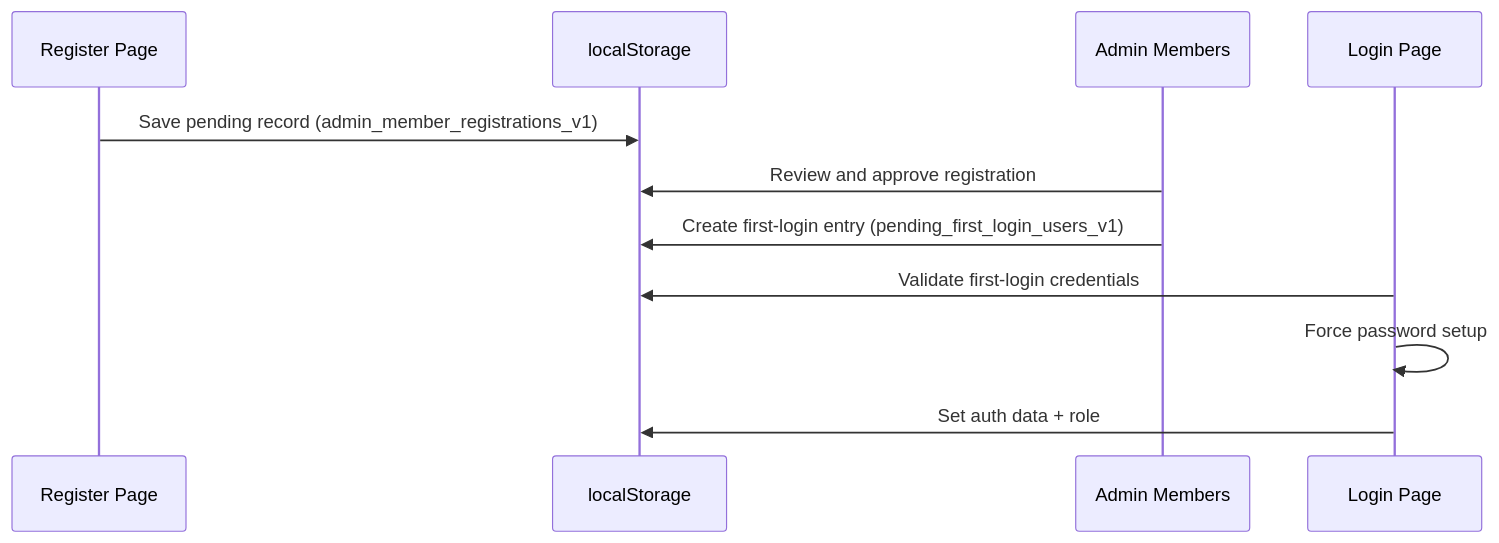
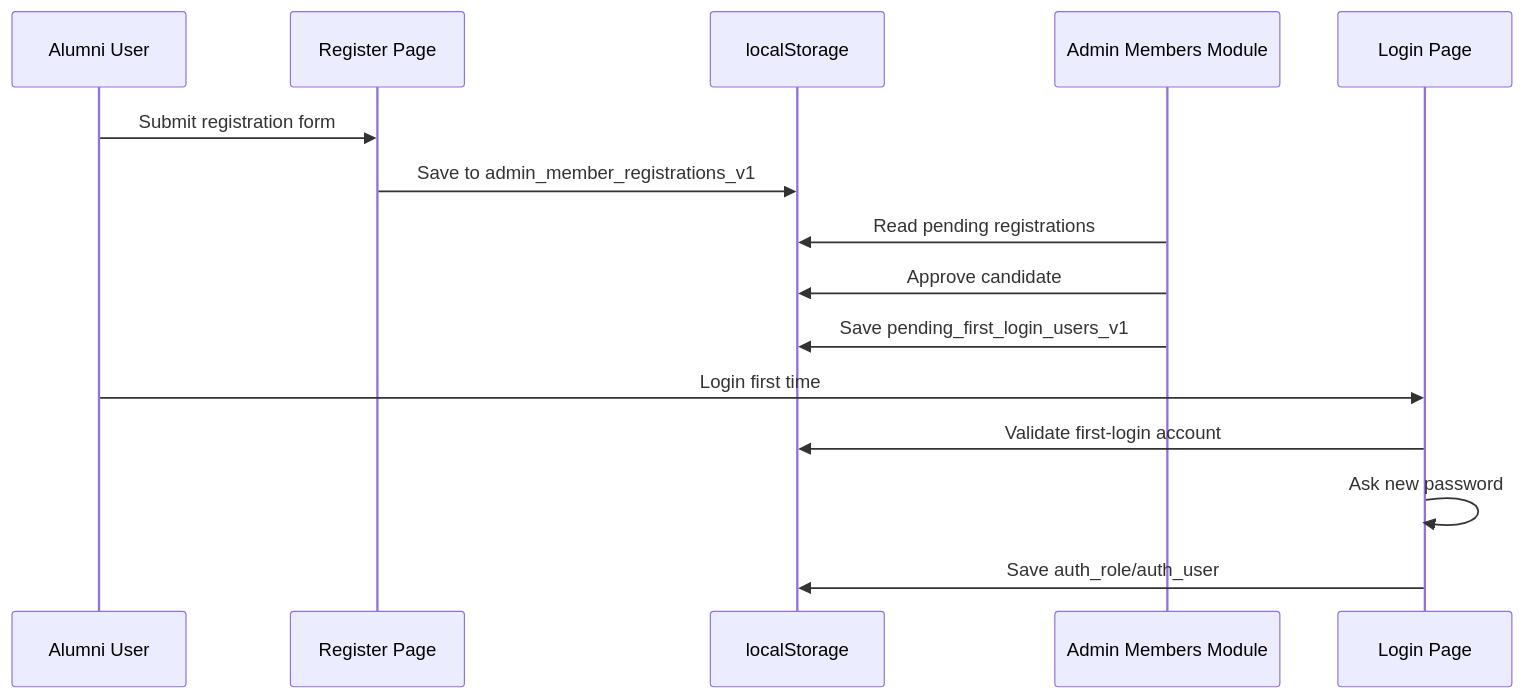
Before and after one commit to ashwanik0777/alumni-portal: the fifth of 8 diagrams in README.md, drawn with Mermaid. The commit also changed other lines of this file, not shown here.

````diff
--- a/README.md
+++ b/README.md
@@ -188,14 +377,18 @@
 ```mermaid
 sequenceDiagram
-  participant R as Register Page
-  participant LS as localStorage
-  participant A as Admin Members
-  participant L as Login Page
+  participant Alumni as Alumni User
+  participant Register as Register Page
+  participant Store as localStorage
+  participant Admin as Admin Members Module
+  participant Login as Login Page
 
-  R->>LS: Save pending record (admin_member_registrations_v1)
-  A->>LS: Review and approve registration
-  A->>LS: Create first-login entry (pending_first_login_users_v1)
-  L->>LS: Validate first-login credentials
-  L->>L: Force password setup
-  L->>LS: Set auth data + role
+  Alumni->>Register: Submit registration form
+  Register->>Store: Save to admin_member_registrations_v1
+  Admin->>Store: Read pending registrations
+  Admin->>Store: Approve candidate
+  Admin->>Store: Save pending_first_login_users_v1
+  Alumni->>Login: Login first time
+  Login->>Store: Validate first-login account
+  Login->>Login: Ask new password
+  Login->>Store: Save auth_role/auth_user
 ```
````
